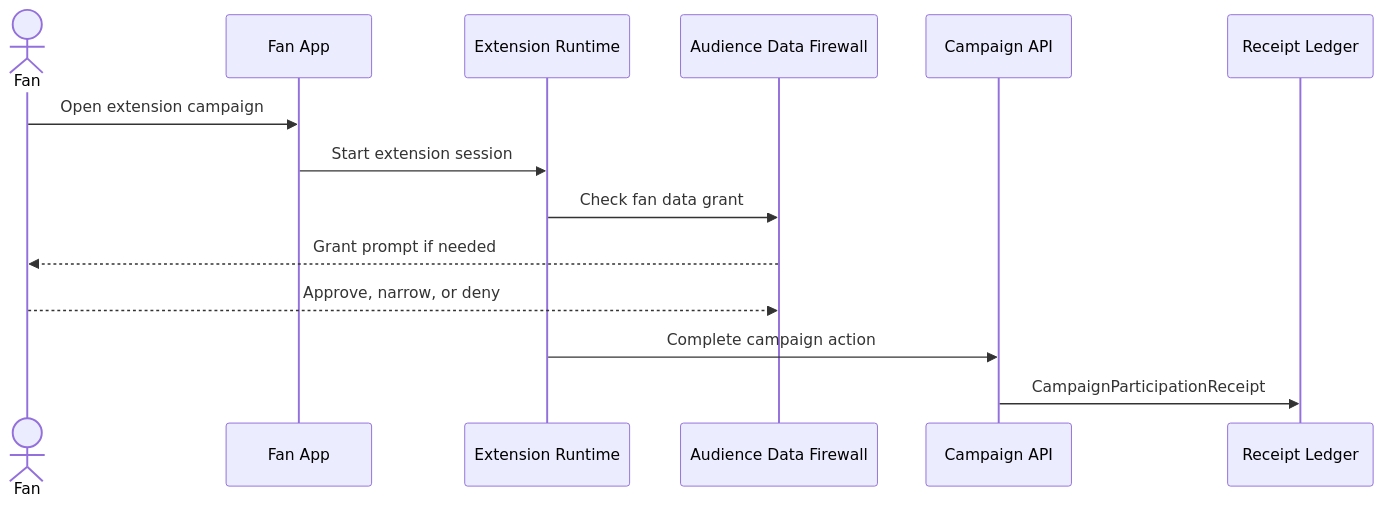
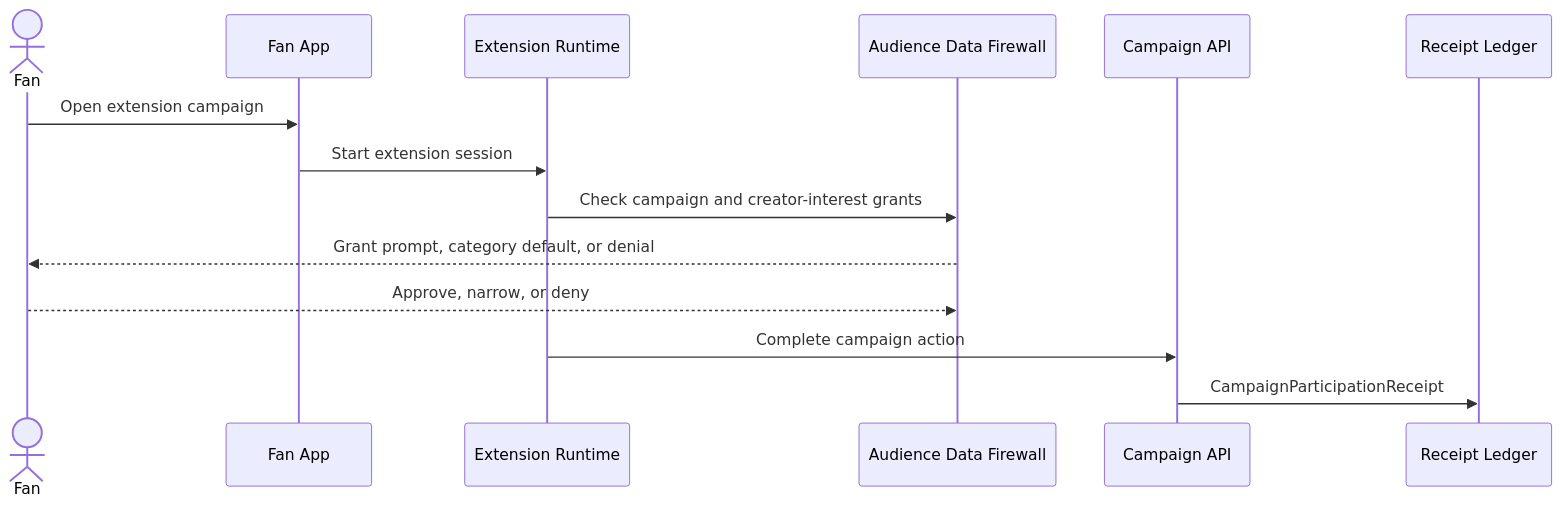
The sixth of 16 diagrams in docs/Architecture/08-extensions-campaigns-and-sponsor-tools.md (fahdabidi/Loom), drawn with Mermaid before and after one commit. The commit also changed other lines of this file and 35 other files, not shown here.

First line of the commit message:
Enhance documentation for audience data firewall, fan apps, and developer ecosystem

````diff
--- a/docs/Architecture/08-extensions-campaigns-and-sponsor-tools.md
+++ b/docs/Architecture/08-extensions-campaigns-and-sponsor-tools.md
@@ -212,17 +219,17 @@
 ```mermaid
 sequenceDiagram
   actor Fan
   participant App as Fan App
   participant Runtime as Extension Runtime
   participant ADF as Audience Data Firewall
   participant Campaign as Campaign API
   participant Ledger as Receipt Ledger
 
   Fan->>App: Open extension campaign
   App->>Runtime: Start extension session
-  Runtime->>ADF: Check fan data grant
-  ADF-->>Fan: Grant prompt if needed
+  Runtime->>ADF: Check campaign and creator-interest grants
+  ADF-->>Fan: Grant prompt, category default, or denial
   Fan-->>ADF: Approve, narrow, or deny
   Runtime->>Campaign: Complete campaign action
   Campaign->>Ledger: CampaignParticipationReceipt
 ```
````
